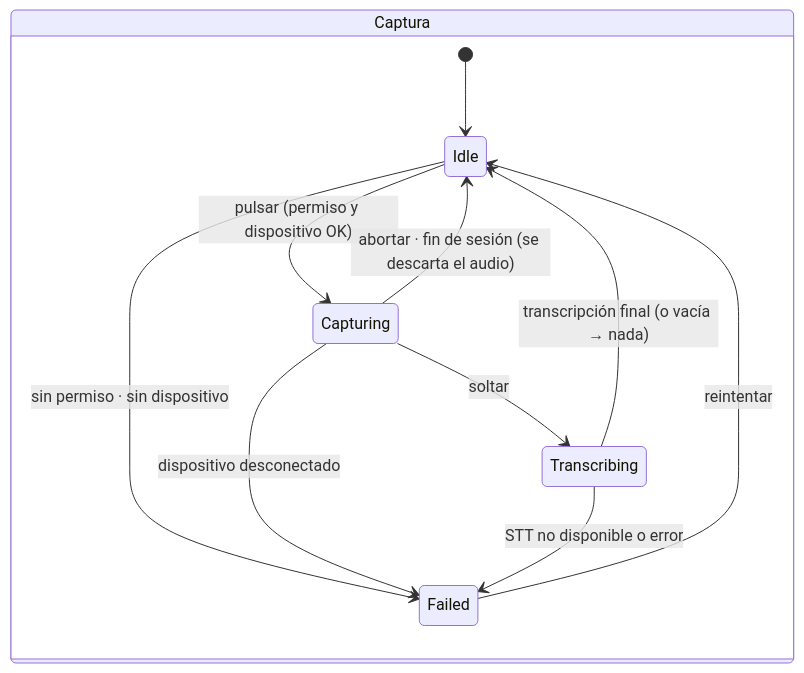
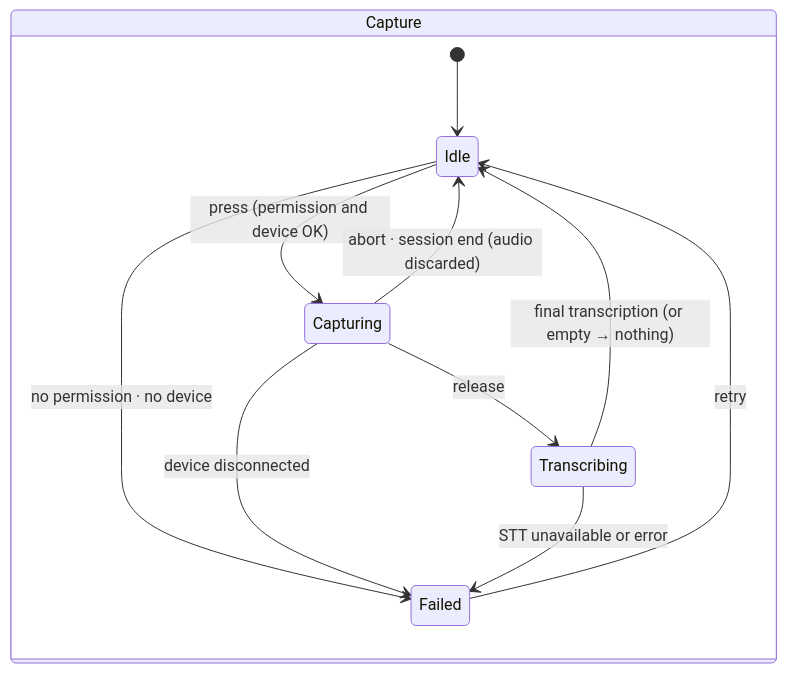
The first of 2 diagrams in docs/architecture/voice-engine.md (Dach3r/meelting), drawn with Mermaid before and after one commit. The commit also changed other lines of this file, not shown here.

````diff
--- a/docs/architecture/voice-engine.md
+++ b/docs/architecture/voice-engine.md
@@ -116,14 +116,14 @@
 ```mermaid
 stateDiagram-v2
-    state Captura {
+    state Capture {
         [*] --> Idle
-        Idle --> Capturing: pulsar (permiso y dispositivo OK)
-        Idle --> Failed: sin permiso · sin dispositivo
-        Capturing --> Transcribing: soltar
-        Capturing --> Idle: abortar · fin de sesión (se descarta el audio)
-        Capturing --> Failed: dispositivo desconectado
-        Transcribing --> Idle: transcripción final (o vacía → nada)
-        Transcribing --> Failed: STT no disponible o error
-        Failed --> Idle: reintentar
+        Idle --> Capturing: press (permission and device OK)
+        Idle --> Failed: no permission · no device
+        Capturing --> Transcribing: release
+        Capturing --> Idle: abort · session end (audio discarded)
+        Capturing --> Failed: device disconnected
+        Transcribing --> Idle: final transcription (or empty → nothing)
+        Transcribing --> Failed: STT unavailable or error
+        Failed --> Idle: retry
     }
 ```
````
